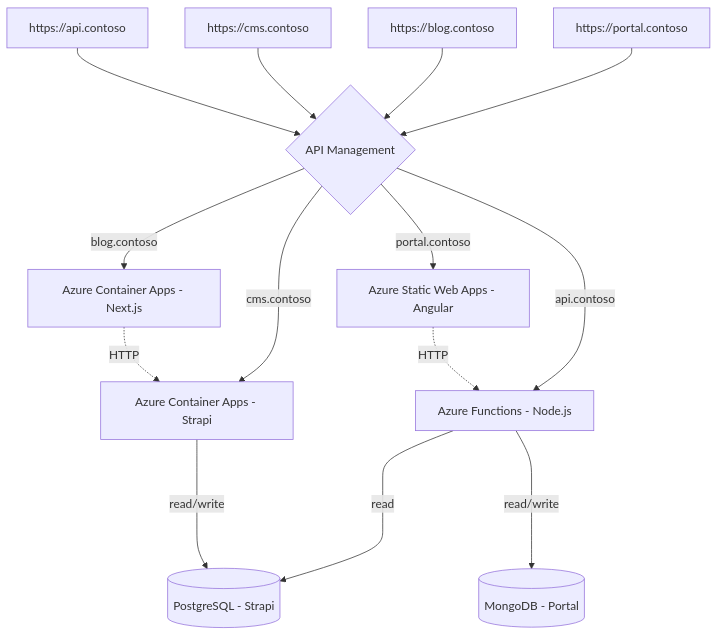
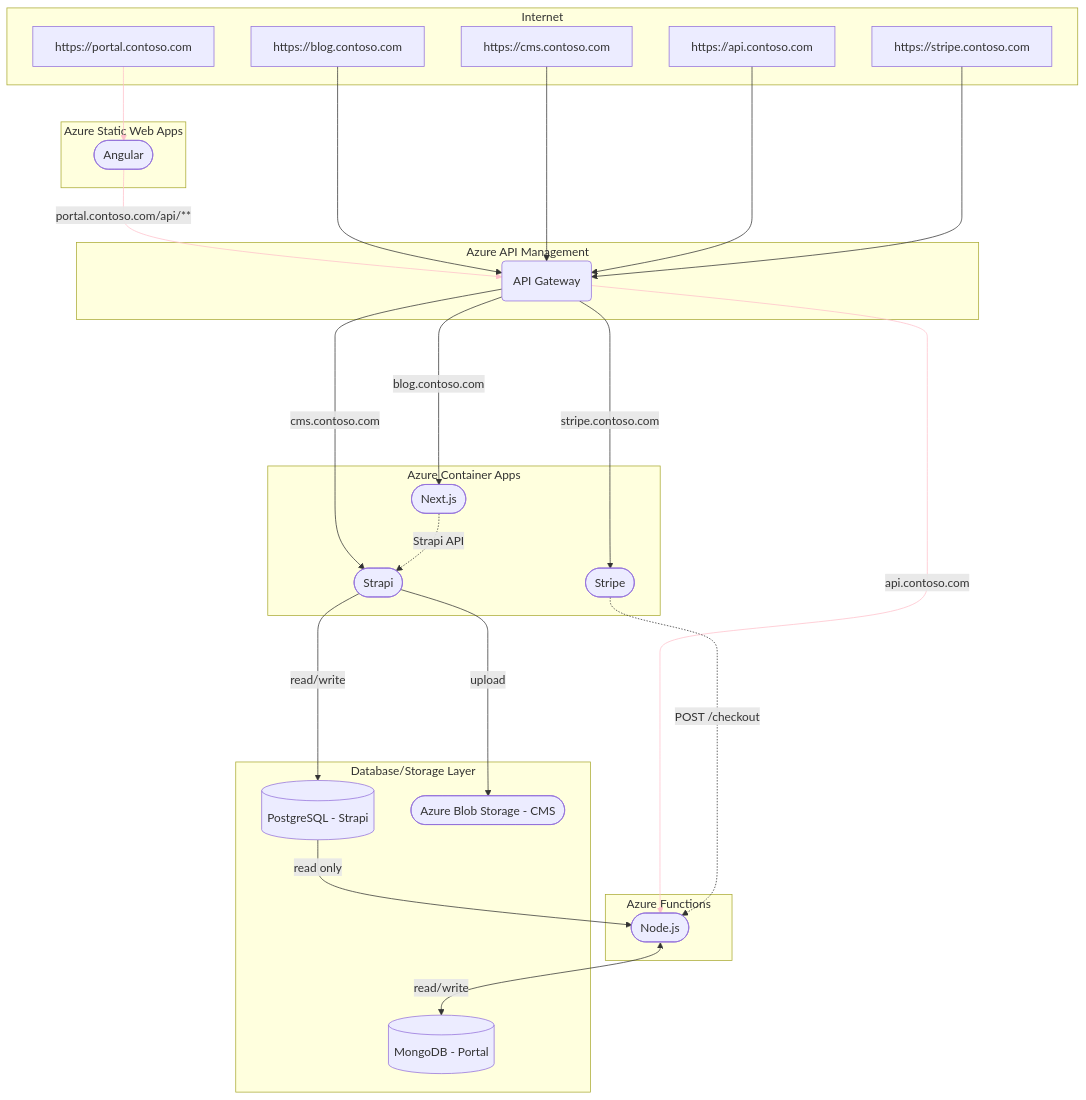
The diagram in README.md (Azure-Samples/contoso-real-estate), drawn with Mermaid before and after one commit. The commit also changed other lines of this file and 2 other files, not shown here.

````diff
--- a/README.md
+++ b/README.md
@@ -27,19 +27,59 @@
 ```mermaid
 flowchart TD
-    User1[https://portal.contoso] --> APIM{API Management} -- "portal.contoso" --> Angular[Azure Static Web Apps - Angular]
-    User2[https://blog.contoso] --> APIM{API Management} -- "blog.contoso" --> Next[Azure Container Apps - Next.js]
-    User3[https://cms.contoso] --> APIM{API Management} -- "cms.contoso" --> Strapi[Azure Container Apps - Strapi]
-    User4[https://api.contoso] --> APIM{API Management} -- "api.contoso" --> API[Azure Functions - Node.js]
+    %% 
 
-    Angular -. "HTTP" .-> API
+    subgraph Internet
+    Portal[https://portal.contoso.com]
+    Blog[https://blog.contoso.com]
+    CMS[https://cms.contoso.com]
+    Stripe[https://stripe.contoso.com]
+    API[https://api.contoso.com]
+    end
+    
+    subgraph Azure API Management
+    APIM(API Gateway)
+    end
+    
+    subgraph Azure Static Web Apps
+    SWA_Angular([Angular])
+    end 
 
-    API -- "read" ----> P
-    API -- "read/write" ----> M
+    subgraph Azure Functions
+    Functions([Node.js])
+    end 
 
-    Next -. "HTTP" .-> Strapi
-    Strapi -- "read/write" --> P
+    subgraph Azure Container Apps
+    ACA_Next([Next.js])
+    ACA_Strapi([Strapi])
+    ACA_Stripe([Stripe])
+    end 
 
+    subgraph Database/Storage Layer
+    DB_PostresSQL[(PostgreSQL - Strapi)]
+    DB_Mongo[(MongoDB - Portal)]
+    Storage([Azure Blob Storage - CMS])
+    end 
 
-    P[(PostgreSQL - Strapi)]
-    M[(MongoDB - Portal)]
+    Portal --> SWA_Angular
+    SWA_Angular -- "portal.contoso.com/api/**" --> APIM
+
+    Blog & CMS & API --> APIM -- "blog.contoso.com" ----> ACA_Next
+
+    APIM -- "cms.contoso.com" --> ACA_Strapi
+    APIM -- "api.contoso.com" --> Functions
+
+    Stripe ---> APIM -- "stripe.contoso.com" --> ACA_Stripe
+    ACA_Stripe -. "POST /checkout" .-> Functions
+
+    DB_PostresSQL -- "read only" --> Functions 
+    Functions <-- "read/write" --> DB_Mongo
+
+    ACA_Next -. "Strapi API" .-> ACA_Strapi
+
+    ACA_Strapi -- "read/write" ----> DB_PostresSQL
+    ACA_Strapi -- "upload" --> Storage
+
+    linkStyle 0 stroke:pink
+    linkStyle 1 stroke:pink
+    linkStyle 7 stroke:pink
 ```
````
